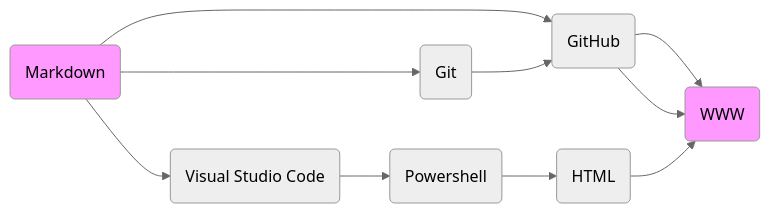
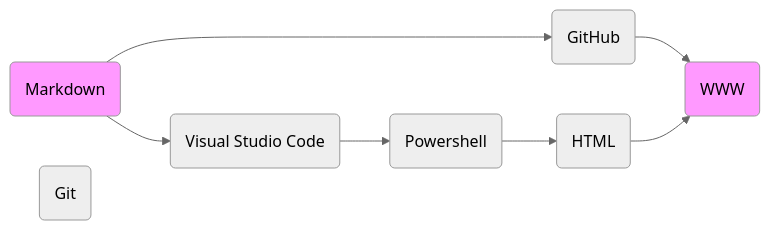
The diagram in README.md (phdonner/phdonner), drawn with Mermaid (neutral theme) before and after one commit.

````diff
--- a/README.md
+++ b/README.md
@@ -27,15 +27,14 @@
 ```mermaid
 flowchart LR
     id1(Markdown)
     id2(GitHub)
     id3(WWW)
     id4(Git)
     id5(Visual Studio Code)
     id6(Powershell)
     id7(HTML)
     id1-->id2-->id3;
-    id1-->id4-->id2-->id3;
     id1-->id5-->id6-->id7-->id3;
 style id1 fill:#f9f;
 style id3 fill:#f9f;
 ```
````
